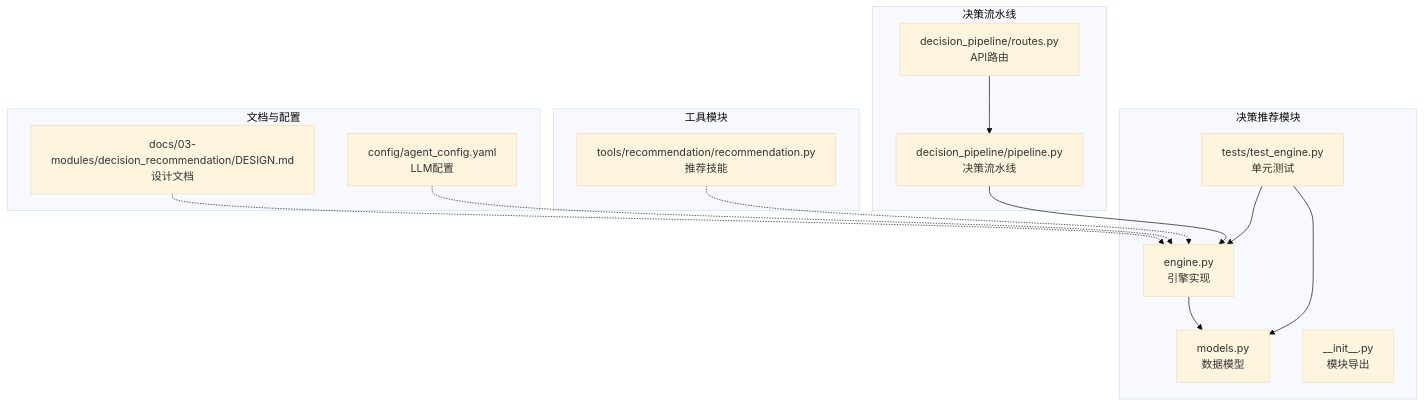
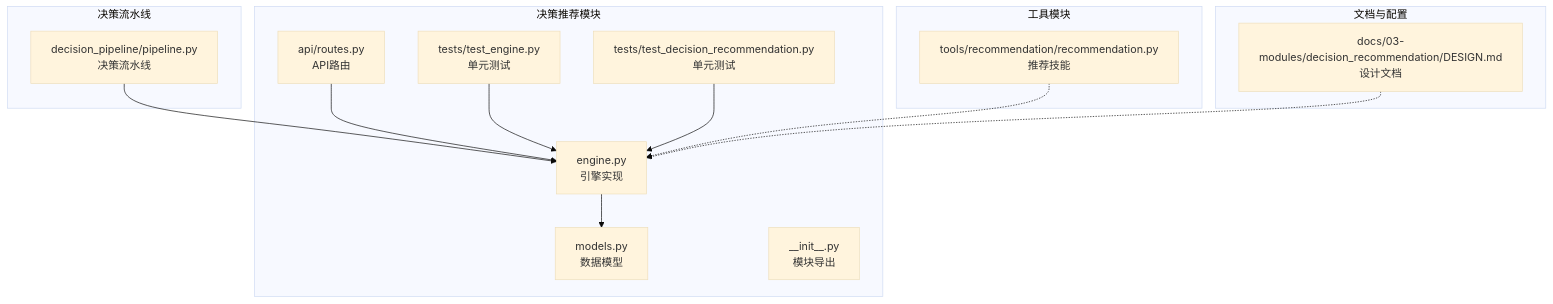
Before and after one commit to inier/ontology-graphiti: the first of 6 diagrams in .qoder/repowiki/zh/content/后端服务/业务领域服务/决策支持系统/决策推荐引擎.md, drawn with Mermaid (base theme). The commit also changed other lines of this file and 8 other files, not shown here.

````diff
--- a/.qoder/repowiki/zh/content/后端服务/业务领域服务/决策支持系统/决策推荐引擎.md
+++ b/.qoder/repowiki/zh/content/后端服务/业务领域服务/决策支持系统/决策推荐引擎.md
@@ -34,28 +42,27 @@
 ```mermaid
 graph TB
 subgraph "决策推荐模块"
 E["engine.py<br/>引擎实现"]
 M["models.py<br/>数据模型"]
+R["api/routes.py<br/>API路由"]
 T["tests/test_engine.py<br/>单元测试"]
+U["tests/test_decision_recommendation.py<br/>单元测试"]
 I["__init__.py<br/>模块导出"]
 end
 subgraph "决策流水线"
 P["decision_pipeline/pipeline.py<br/>决策流水线"]
-R["decision_pipeline/routes.py<br/>API路由"]
 end
 subgraph "工具模块"
 W["tools/recommendation/recommendation.py<br/>推荐技能"]
 end
 subgraph "文档与配置"
 D["docs/03-modules/decision_recommendation/DESIGN.md<br/>设计文档"]
-C["config/agent_config.yaml<br/>LLM配置"]
 end
 P --> E
-R --> P
+R --> E
 E --> M
 T --> E
-T --> M
+U --> E
 W -.-> E
 D -.-> E
-C -.-> E
 ```
````
